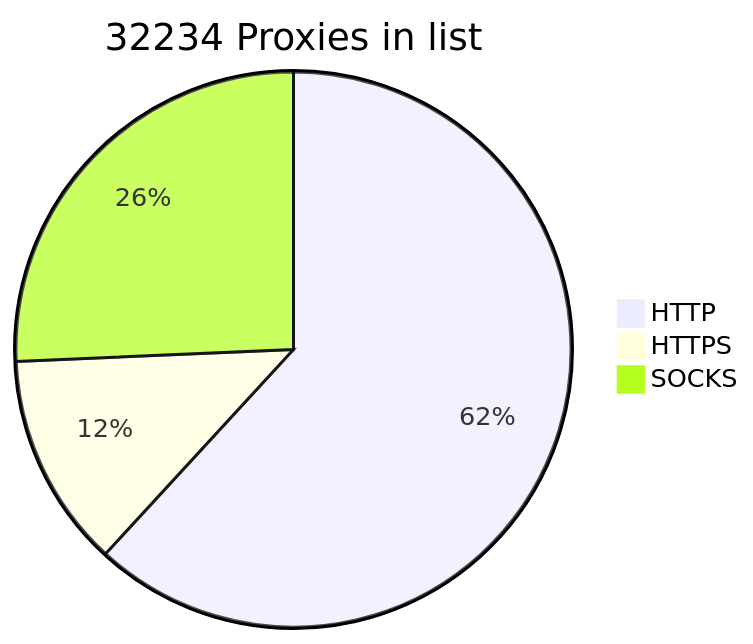
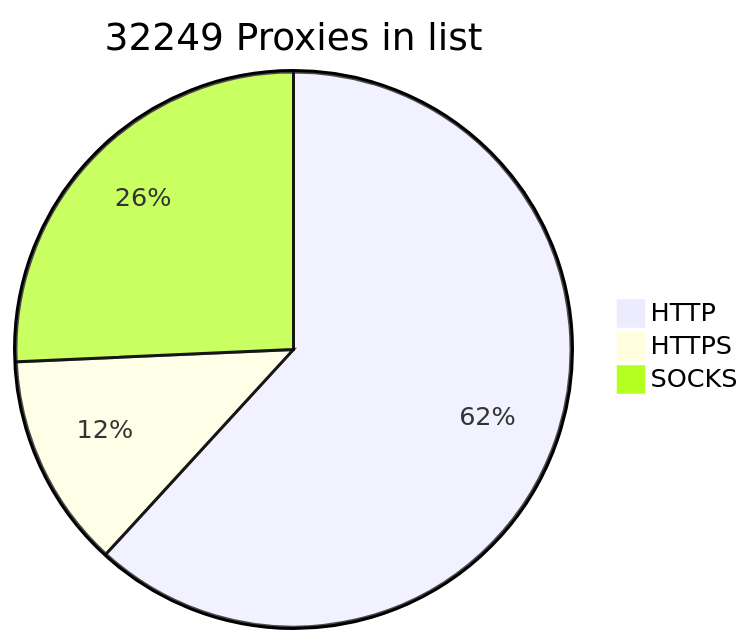
The diagram in README.md (BlackSnowDot/proxylist-update-every-minute), drawn with Mermaid before and after one commit.

````diff
--- a/README.md
+++ b/README.md
@@ -2,6 +2,6 @@
 ```mermaid
-pie title 32234 Proxies in list
-    "HTTP" : 22009
-    "HTTPS": 4441
-    "SOCKS" : 9142
+pie title 32249 Proxies in list
+    "HTTP" : 22010
+    "HTTPS": 4445
+    "SOCKS" : 9154
 ```
````
